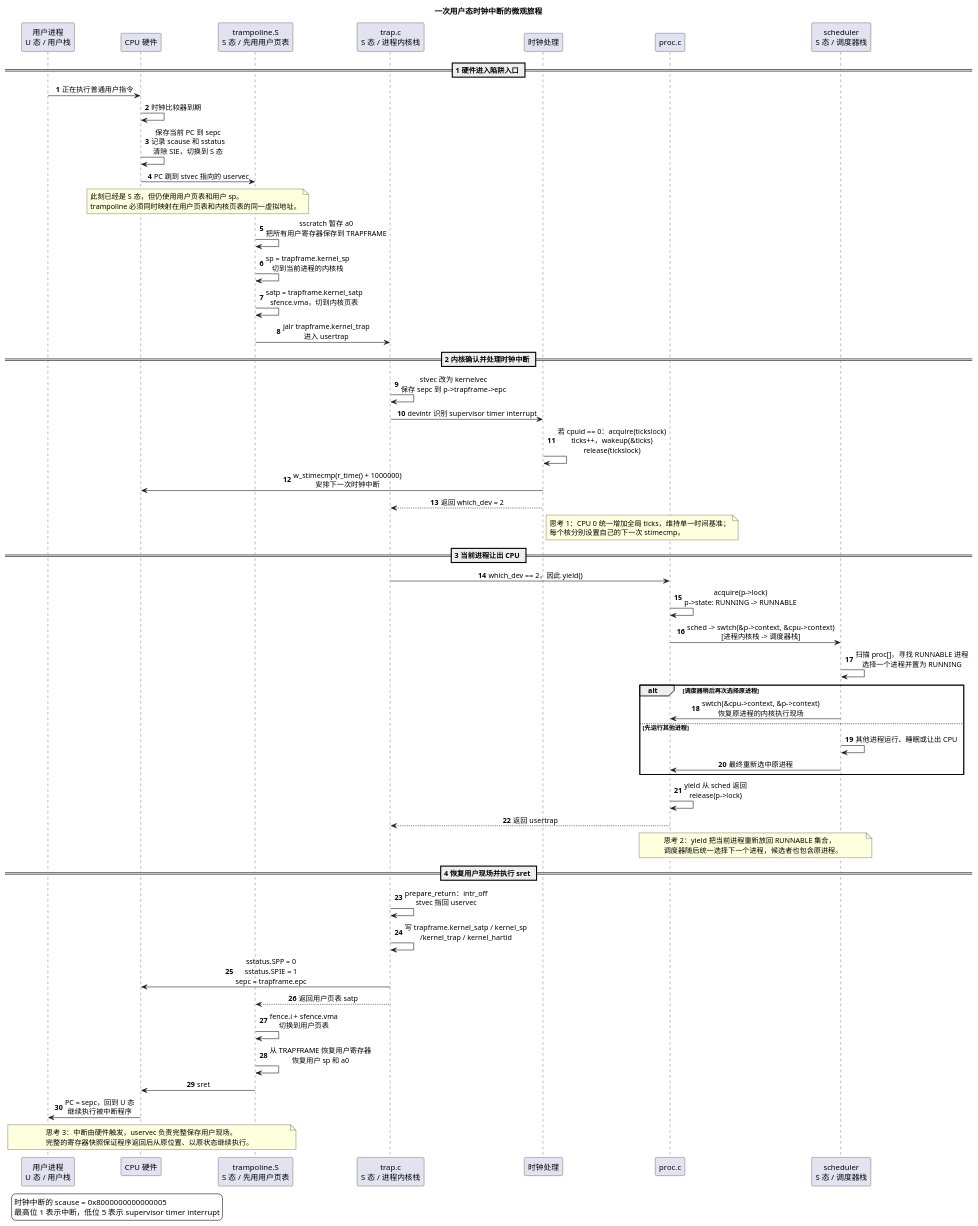
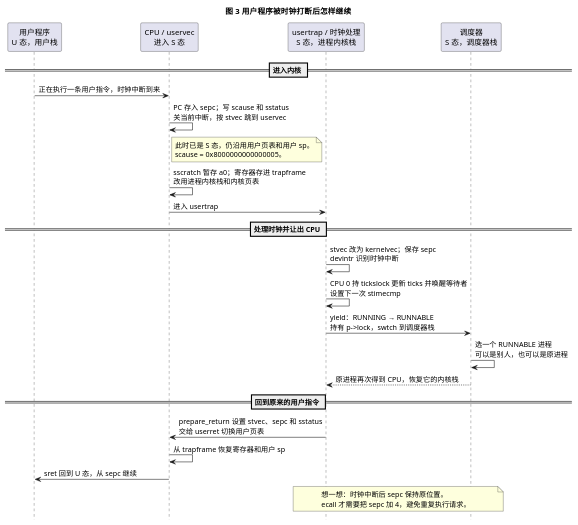
One commit to xiao-Huahuo/OSpracticeA changed the diagram in labs/lab0/03-时钟中断旅程.puml. Above: the diagram before and after it, drawn with PlantUML. The commit also changed 6 other files, not shown here.

First line of the commit message:
docs(lab0): redraw three diagrams

```diff
--- a/labs/lab0/03-时钟中断旅程.puml
+++ b/labs/lab0/03-时钟中断旅程.puml
@@ -1,91 +1,39 @@
 @startuml
-title 一次用户态时钟中断的微观旅程
+title 图 3  用户程序被时钟打断后怎样继续
+hide footbox
+skinparam shadowing false
+skinparam backgroundColor white
 
-skinparam backgroundColor #FFFFFF
-skinparam shadowing false
-skinparam sequenceMessageAlign center
-skinparam ParticipantPadding 18
-autonumber
+participant "用户程序\nU 态，用户栈" as U
+participant "CPU / uservec\n进入 S 态" as C
+participant "usertrap / 时钟处理\nS 态，进程内核栈" as K
+participant "调度器\nS 态，调度器栈" as S
 
-participant "用户进程\nU 态 / 用户栈" as User
-participant "CPU 硬件" as CPU
-participant "trampoline.S\nS 态 / 先用用户页表" as Tramp
-participant "trap.c\nS 态 / 进程内核栈" as Trap
-participant "时钟处理" as Clock
-participant "proc.c" as Proc
-participant "scheduler\nS 态 / 调度器栈" as Sched
+== 进入内核 ==
+U -> C : 正在执行一条用户指令，时钟中断到来
+C -> C : PC 存入 sepc；写 scause 和 sstatus\n关当前中断，按 stvec 跳到 uservec
+note right of C
+  此时已是 S 态，仍沿用用户页表和用户 sp。
+  scause = 0x8000000000000005。
+end note
+C -> C : sscratch 暂存 a0；寄存器存进 trapframe\n改用进程内核栈和内核页表
+C -> K : 进入 usertrap
 
-legend left
-  时钟中断的 scause = 0x8000000000000005
-  最高位 1 表示中断，低位 5 表示 supervisor timer interrupt
-endlegend
+== 处理时钟并让出 CPU ==
+K -> K : stvec 改为 kernelvec；保存 sepc\ndevintr 识别时钟中断
+K -> K : CPU 0 持 tickslock 更新 ticks 并唤醒等待者\n设置下一次 stimecmp
+K -> S : yield：RUNNING → RUNNABLE\n持有 p->lock，swtch 到调度器栈
+S -> S : 选一个 RUNNABLE 进程\n可以是别人，也可以是原进程
+S --> K : 原进程再次得到 CPU，恢复它的内核栈
 
-== 1 硬件进入陷阱入口 ==
+== 回到原来的用户指令 ==
+K -> C : prepare_return 设置 stvec、sepc 和 sstatus\n交给 userret 切换用户页表
+C -> C : 从 trapframe 恢复寄存器和用户 sp
+C -> U : sret 回到 U 态，从 sepc 继续
 
-User -> CPU : 正在执行普通用户指令
-CPU -> CPU : 时钟比较器到期
-CPU -> CPU : 保存当前 PC 到 sepc\n记录 scause 和 sstatus\n清除 SIE，切换到 S 态
-CPU -> Tramp : PC 跳到 stvec 指向的 uservec
-
-note over CPU, Tramp
-  此刻已经是 S 态，但仍使用用户页表和用户 sp。
-  trampoline 必须同时映射在用户页表和内核页表的同一虚拟地址。
-end note
-
-Tramp -> Tramp : sscratch 暂存 a0\n把所有用户寄存器保存到 TRAPFRAME
-Tramp -> Tramp : sp = trapframe.kernel_sp\n切到当前进程的内核栈
-Tramp -> Tramp : satp = trapframe.kernel_satp\nsfence.vma，切到内核页表
-Tramp -> Trap : jalr trapframe.kernel_trap\n进入 usertrap
-
-== 2 内核确认并处理时钟中断 ==
-
-Trap -> Trap : stvec 改为 kernelvec\n保存 sepc 到 p->trapframe->epc
-Trap -> Clock : devintr 识别 supervisor timer interrupt
-Clock -> Clock : 若 cpuid == 0：acquire(tickslock)\nticks++，wakeup(&ticks)\nrelease(tickslock)
-Clock -> CPU : w_stimecmp(r_time() + 1000000)\n安排下一次时钟中断
-Clock --> Trap : 返回 which_dev = 2
-
-note right of Clock
-  思考 1：CPU 0 统一增加全局 ticks，维持单一时间基准；
-  每个核分别设置自己的下一次 stimecmp。
-end note
-
-== 3 当前进程让出 CPU ==
-
-Trap -> Proc : which_dev == 2，因此 yield()
-Proc -> Proc : acquire(p->lock)\np->state: RUNNING -> RUNNABLE
-Proc -> Sched : sched -> swtch(&p->context, &cpu->context)\n[进程内核栈 -> 调度器栈]
-Sched -> Sched : 扫描 proc[]，寻找 RUNNABLE 进程\n选择一个进程并置为 RUNNING
-
-alt 调度器稍后再次选择原进程
-  Sched -> Proc : swtch(&cpu->context, &p->context)\n恢复原进程的内核执行现场
-else 先运行其他进程
-  Sched -> Sched : 其他进程运行、睡眠或让出 CPU
-  Sched -> Proc : 最终重新选中原进程
-end
-
-Proc -> Proc : yield 从 sched 返回\nrelease(p->lock)
-Proc --> Trap : 返回 usertrap
-
-note over Proc, Sched
-  思考 2：yield 把当前进程重新放回 RUNNABLE 集合，
-  调度器随后统一选择下一个进程，候选者也包含原进程。
-end note
-
-== 4 恢复用户现场并执行 sret ==
-
-Trap -> Trap : prepare_return：intr_off\nstvec 指回 uservec
-Trap -> Trap : 写 trapframe.kernel_satp / kernel_sp\n/kernel_trap / kernel_hartid
-Trap -> CPU : sstatus.SPP = 0\nsstatus.SPIE = 1\nsepc = trapframe.epc
-Trap --> Tramp : 返回用户页表 satp
-Tramp -> Tramp : fence.i + sfence.vma\n切换到用户页表
-Tramp -> Tramp : 从 TRAPFRAME 恢复用户寄存器\n恢复用户 sp 和 a0
-Tramp -> CPU : sret
-CPU -> User : PC = sepc，回到 U 态\n继续执行被中断程序
-
-note over Tramp, User
-  思考 3：中断由硬件触发，uservec 负责完整保存用户现场。
-  完整的寄存器快照保证程序返回后从原位置、以原状态继续执行。
+note over K,S
+  想一想：时钟中断后 sepc 保持原位置。
+  ecall 才需要把 sepc 加 4，避免重复执行请求。
 end note
 
 @enduml
```
